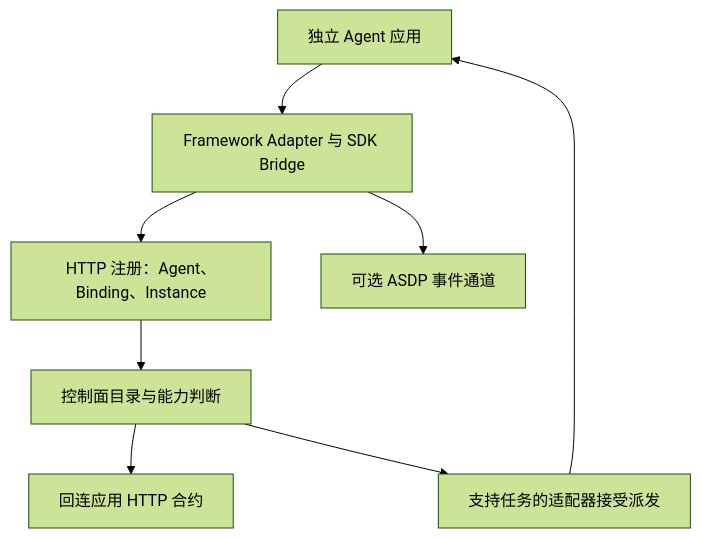
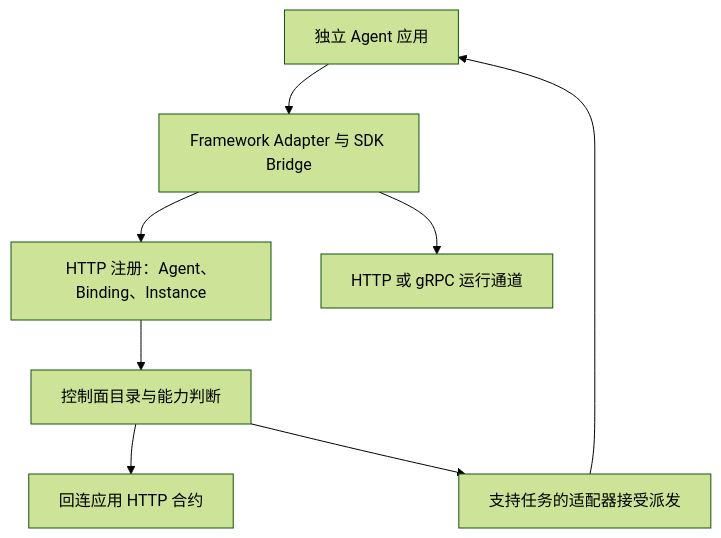
Before and after one commit to agentscope-ai/agentscope-java: the diagram in docs/v2/zh/service/external-agent-execution.md, drawn with Mermaid (forest theme). The commit also changed other lines of this file and 363 other files, not shown here.

````diff
--- a/docs/v2/zh/service/external-agent-execution.md
+++ b/docs/v2/zh/service/external-agent-execution.md
@@ -12,10 +12,10 @@
 ```mermaid
 flowchart TD
   A[独立 Agent 应用] --> B[Framework Adapter 与 SDK Bridge]
   B --> C[HTTP 注册：Agent、Binding、Instance]
   C --> D[控制面目录与能力判断]
   D --> E[回连应用 HTTP 合约]
-  B --> F[可选 ASDP 事件通道]
+  B --> F[HTTP 或 gRPC 运行通道]
   D --> G[支持任务的适配器接受派发]
   G --> A
 ```
````
